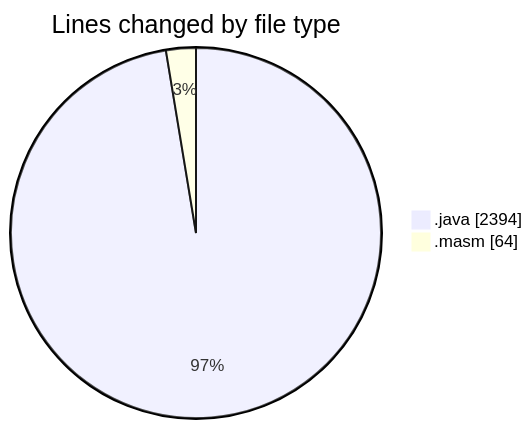
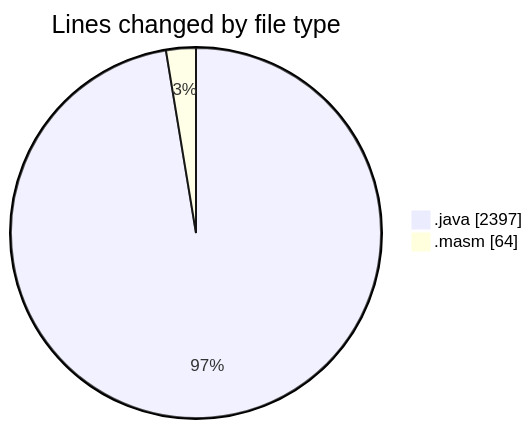
The first of 2 diagrams in 2025-02-19/masm/README.md (charlie-sans/code-tracking), drawn with Mermaid before and after one commit. The commit also changed other lines of this file and 1 other file, not shown here.

````diff
--- a/2025-02-19/masm/README.md
+++ b/2025-02-19/masm/README.md
@@ -26,6 +26,6 @@
 ```mermaid
 pie showData
 title Lines changed by file type
-".java" : 2394
+".java" : 2397
 ".masm" : 64
 ```
````
